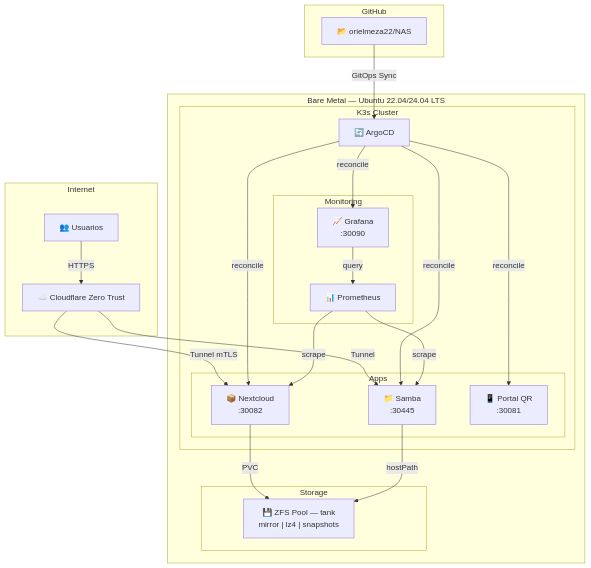
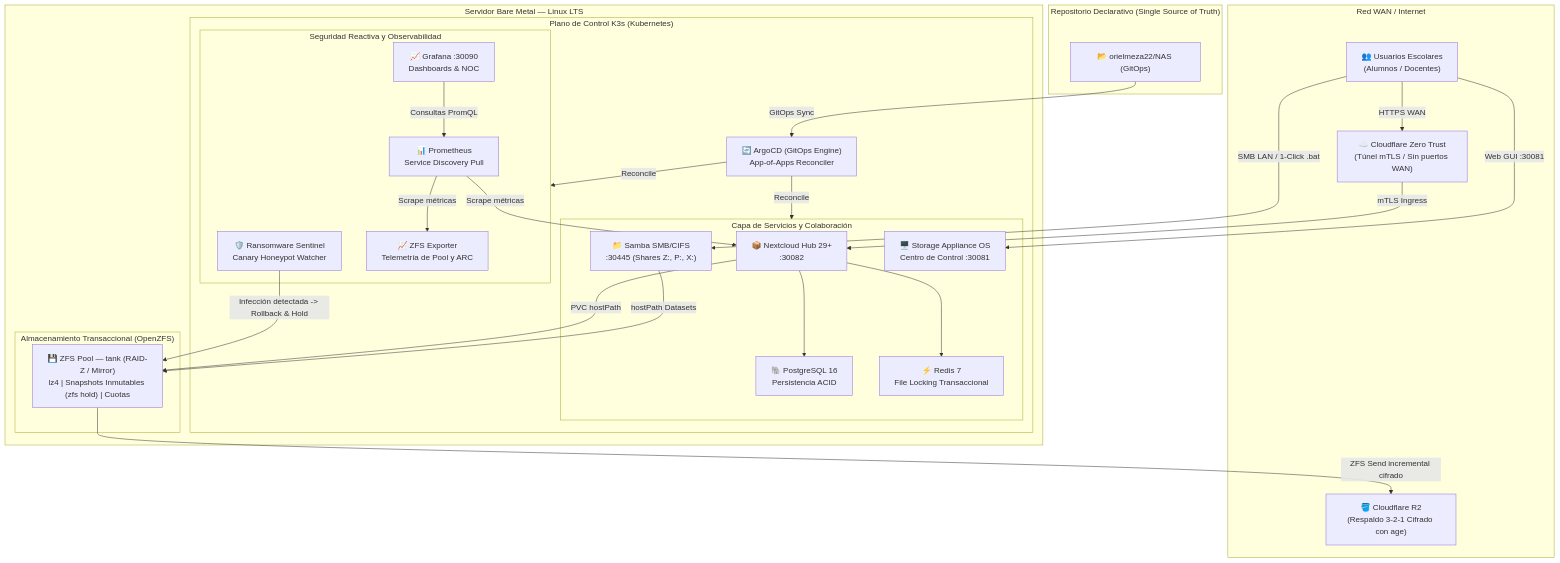
The diagram in README.md (orielmeza22/NAS), drawn with Mermaid before and after one commit. The commit also changed other lines of this file, not shown here.

Commit message:
docs: modernize README with complete architecture, ADR-012-016, and actual repo structure

````diff
--- a/README.md
+++ b/README.md
@@ -34,41 +36,54 @@
 ```mermaid
 flowchart TB
-    subgraph Internet
-        Users["👥 Usuarios"]
-        CF["☁️ Cloudflare Zero Trust"]
+    subgraph Internet["Red WAN / Internet"]
+        Users["👥 Usuarios Escolares\n(Alumnos / Docentes)"]
+        CF["☁️ Cloudflare Zero Trust\n(Túnel mTLS / Sin puertos WAN)"]
+        R2["🪣 Cloudflare R2\n(Respaldo 3-2-1 Cifrado con age)"]
     end
-    subgraph Host["Bare Metal — Ubuntu 22.04/24.04 LTS"]
-        subgraph K3s["K3s Cluster"]
-            ARGO["🔄 ArgoCD"]
-            subgraph Apps
-                NC["📦 Nextcloud\n:30082"]
-                SMB["📁 Samba\n:30445"]
-                QR["📱 Portal QR\n:30081"]
+
+    subgraph Host["Servidor Bare Metal — Linux LTS"]
+        subgraph K3s["Plano de Control K3s (Kubernetes)"]
+            ARGO["🔄 ArgoCD (GitOps Engine)\nApp-of-Apps Reconciler"]
+            
+            subgraph Apps["Capa de Servicios y Colaboración"]
+                NC["📦 Nextcloud Hub 29+\n:30082"]
+                PG["🐘 PostgreSQL 16\nPersistencia ACID"]
+                REDIS["⚡ Redis 7\nFile Locking Transaccional"]
+                SMB["📁 Samba SMB/CIFS\n:30445 (Shares Z:, P:, X:)"]
+                QR["🖥️ Storage Appliance OS\nCentro de Control :30081"]
             end
-            subgraph Monitoring
-                PROM["📊 Prometheus"]
-                GRAF["📈 Grafana\n:30090"]
+
+            subgraph SecObs["Seguridad Reactiva y Observabilidad"]
+                SENTINEL["🛡️ Ransomware Sentinel\nCanary Honeypot Watcher"]
+                PROM["📊 Prometheus\nService Discovery Pull"]
+                GRAF["📈 Grafana :30090\nDashboards & NOC"]
+                ZFSEXP["📈 ZFS Exporter\nTelemetría de Pool y ARC"]
             end
         end
-        subgraph Storage
-            ZFS["💾 ZFS Pool — tank\nmirror | lz4 | snapshots"]
+
+        subgraph Storage["Almacenamiento Transaccional (OpenZFS)"]
+            ZFS["💾 ZFS Pool — tank (RAID-Z / Mirror)\nlz4 | Snapshots Inmutables (zfs hold) | Cuotas"]
         end
     end
-    subgraph GitHub
-        REPO["📂 orielmeza22/NAS"]
+
+    subgraph GitHub["Repositorio Declarativo (Single Source of Truth)"]
+        REPO["📂 orielmeza22/NAS (GitOps)"]
     end
 
-    Users -->|HTTPS| CF
-    CF -->|Tunnel mTLS| NC
-    CF -->|Tunnel| SMB
+    Users -->|HTTPS WAN| CF
+    CF -->|mTLS Ingress| NC
+    Users -->|SMB LAN / 1-Click .bat| SMB
+    Users -->|Web GUI :30081| QR
     REPO -->|GitOps Sync| ARGO
-    ARGO -->|reconcile| NC
-    ARGO -->|reconcile| SMB
-    ARGO -->|reconcile| QR
-    ARGO -->|reconcile| GRAF
-    NC -->|PVC| ZFS
-    SMB -->|hostPath| ZFS
-    PROM -->|scrape| NC
-    PROM -->|scrape| SMB
-    GRAF -->|query| PROM
+    ARGO -->|Reconcile| Apps
+    ARGO -->|Reconcile| SecObs
+    NC --> PG
+    NC --> REDIS
+    NC -->|PVC hostPath| ZFS
+    SMB -->|hostPath Datasets| ZFS
+    SENTINEL -->|Infección detectada -> Rollback & Hold| ZFS
+    ZFS -->|ZFS Send incremental cifrado| R2
+    PROM -->|Scrape métricas| ZFSEXP
+    PROM -->|Scrape métricas| NC
+    GRAF -->|Consultas PromQL| PROM
 ```
````
